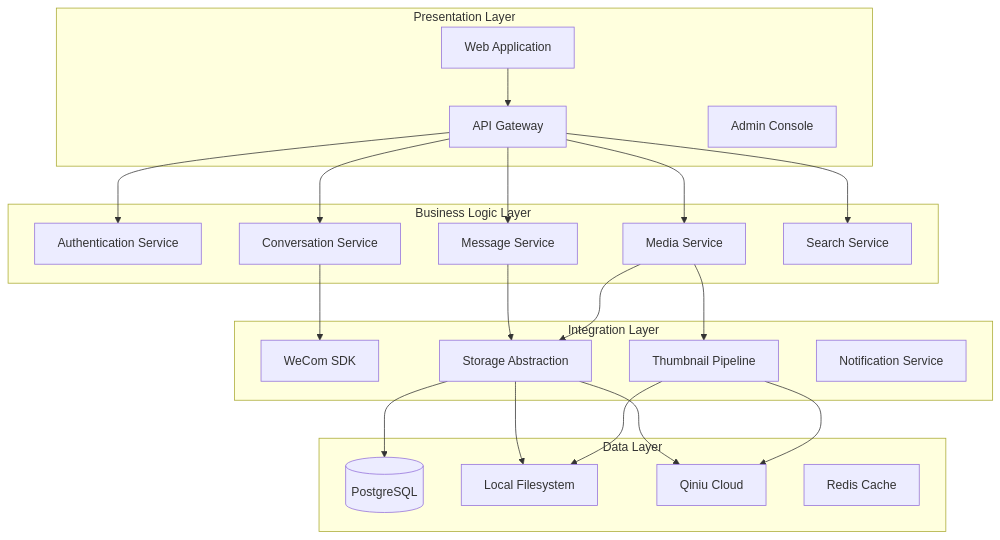
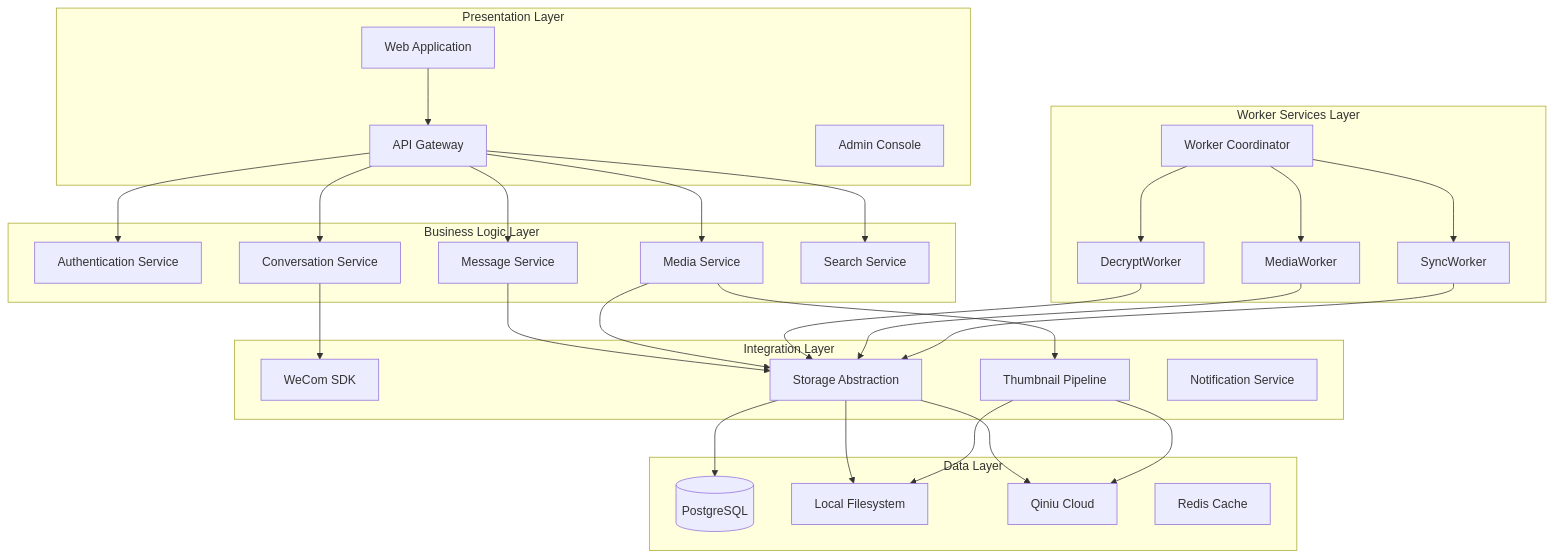
The seventh of 13 diagrams in .qoder/repowiki/en/content/Architecture/Architecture.md (zuohaisu/wecom-archive), drawn with Mermaid before and after one commit. The commit also changed other lines of this file and 90 other files, not shown here.

````diff
--- a/.qoder/repowiki/en/content/Architecture/Architecture.md
+++ b/.qoder/repowiki/en/content/Architecture/Architecture.md
@@ -138,42 +327,54 @@
 ```mermaid
 graph TB
 subgraph "Presentation Layer"
 web_app[Web Application]
 api_gateway[API Gateway]
 admin_console[Admin Console]
 end
 subgraph "Business Logic Layer"
 auth_service[Authentication Service]
 conversation_service[Conversation Service]
 message_service[Message Service]
 media_service[Media Service]
 search_service[Search Service]
 end
 subgraph "Integration Layer"
 wecom_sdk[WeCom SDK]
 storage_abstraction[Storage Abstraction]
 thumbnail_pipeline[Thumbnail Pipeline]
 notification_service[Notification Service]
+end
+subgraph "Worker Services Layer"
+decrypt_worker[DecryptWorker]
+media_worker[MediaWorker]
+sync_worker[SyncWorker]
+worker_coordinator[Worker Coordinator]
 end
 subgraph "Data Layer"
 postgresql[(PostgreSQL)]
 local_storage[Local Filesystem]
 qiniu_storage[Qiniu Cloud]
 redis_cache[Redis Cache]
 end
 web_app --> api_gateway
 api_gateway --> auth_service
 api_gateway --> conversation_service
 api_gateway --> message_service
 api_gateway --> media_service
 api_gateway --> search_service
 conversation_service --> wecom_sdk
 message_service --> storage_abstraction
 media_service --> thumbnail_pipeline
 media_service --> storage_abstraction
 storage_abstraction --> postgresql
 storage_abstraction --> local_storage
 storage_abstraction --> qiniu_storage
 thumbnail_pipeline --> local_storage
 thumbnail_pipeline --> qiniu_storage
+decrypt_worker --> storage_abstraction
+media_worker --> storage_abstraction
+sync_worker --> storage_abstraction
+worker_coordinator --> decrypt_worker
+worker_coordinator --> media_worker
+worker_coordinator --> sync_worker
 ```
````
